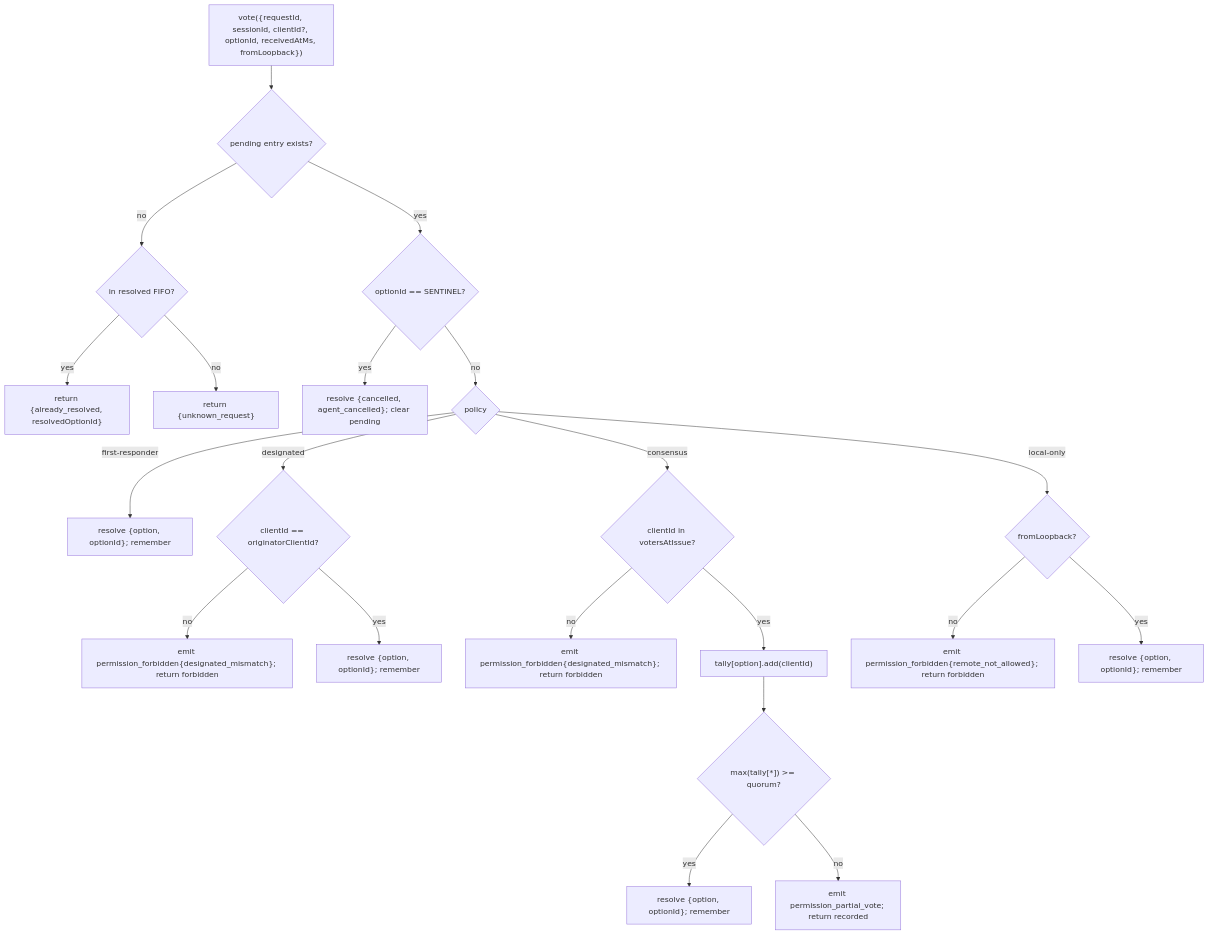
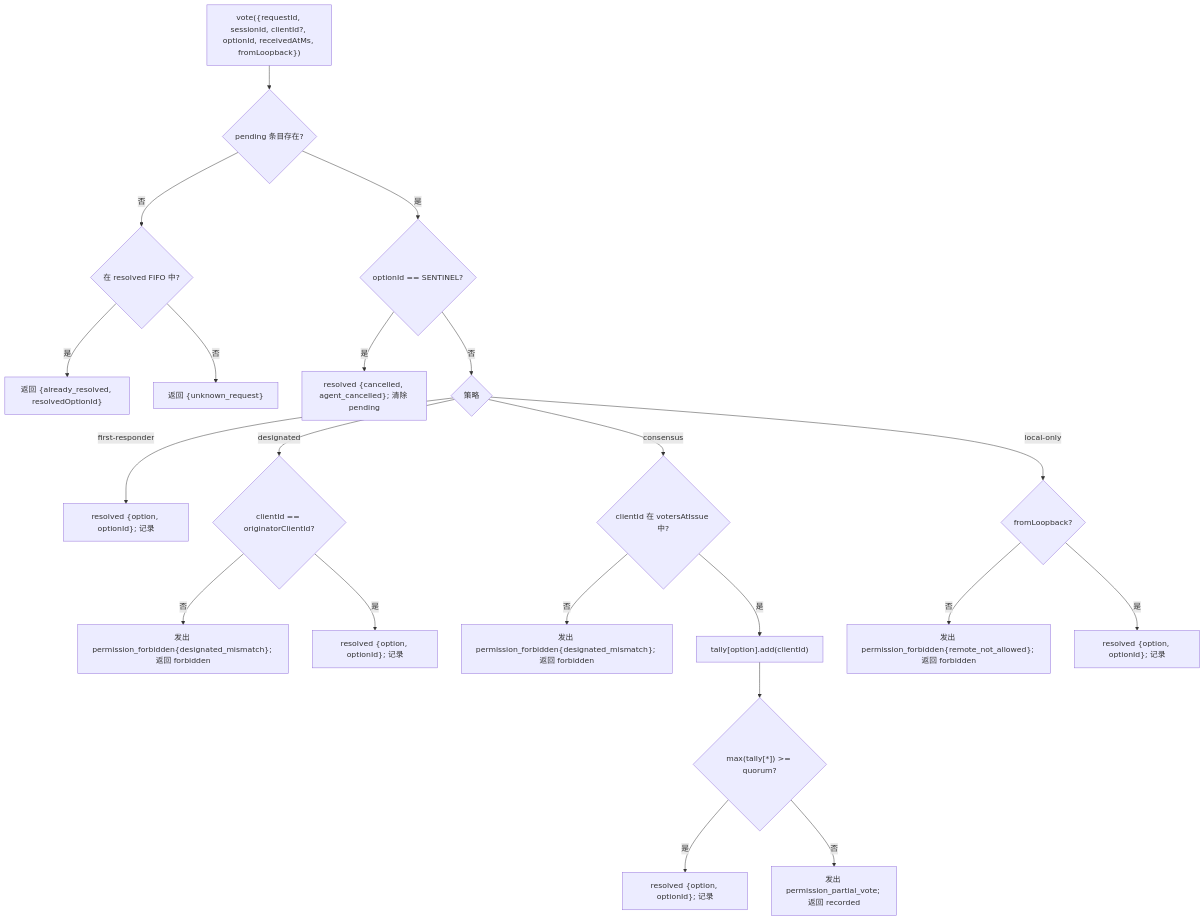
Before and after one commit to QwenLM/qwen-code-docs: the second of 2 diagrams in website/content/zh/developers/daemon/04-permission-mediation.md, drawn with Mermaid. The commit also changed other lines of this file and 1077 other files, not shown here.

````diff
--- a/website/content/zh/developers/daemon/04-permission-mediation.md
+++ b/website/content/zh/developers/daemon/04-permission-mediation.md
@@ -121,23 +119,23 @@
 ```mermaid
 flowchart TD
-    V["vote({requestId, sessionId, clientId?, optionId, receivedAtMs, fromLoopback})"] --> E{"pending entry exists?"}
-    E -->|no| RD{"in resolved FIFO?"}
-    RD -->|yes| AR["return {already_resolved, resolvedOptionId}"]
-    RD -->|no| UR["return {unknown_request}"]
-    E -->|yes| SENT{"optionId == SENTINEL?"}
-    SENT -->|yes| CX["resolve {cancelled, agent_cancelled}; clear pending"]
-    SENT -->|no| POL{"policy"}
-    POL -->|first-responder| FR["resolve {option, optionId}; remember"]
+    V["vote({requestId, sessionId, clientId?, optionId, receivedAtMs, fromLoopback})"] --> E{"pending 条目存在?"}
+    E -->|否| RD{"在 resolved FIFO 中?"}
+    RD -->|是| AR["返回 {already_resolved, resolvedOptionId}"]
+    RD -->|否| UR["返回 {unknown_request}"]
+    E -->|是| SENT{"optionId == SENTINEL?"}
+    SENT -->|是| CX["resolved {cancelled, agent_cancelled}; 清除 pending"]
+    SENT -->|否| POL{"策略"}
+    POL -->|first-responder| FR["resolved {option, optionId}; 记录"]
     POL -->|designated| DG{"clientId == originatorClientId?"}
-    DG -->|no| FOR["emit permission_forbidden{designated_mismatch}; return forbidden"]
-    DG -->|yes| FRR["resolve {option, optionId}; remember"]
-    POL -->|consensus| CN{"clientId in votersAtIssue?"}
-    CN -->|no| FORC["emit permission_forbidden{designated_mismatch}; return forbidden"]
-    CN -->|yes| TAL["tally[option].add(clientId)"]
+    DG -->|否| FOR["发出 permission_forbidden{designated_mismatch}; 返回 forbidden"]
+    DG -->|是| FRR["resolved {option, optionId}; 记录"]
+    POL -->|consensus| CN{"clientId 在 votersAtIssue 中?"}
+    CN -->|否| FORC["发出 permission_forbidden{designated_mismatch}; 返回 forbidden"]
+    CN -->|是| TAL["tally[option].add(clientId)"]
     TAL --> Q{"max(tally[*]) >= quorum?"}
-    Q -->|yes| RES["resolve {option, optionId}; remember"]
-    Q -->|no| PV["emit permission_partial_vote; return recorded"]
+    Q -->|是| RES["resolved {option, optionId}; 记录"]
+    Q -->|否| PV["发出 permission_partial_vote; 返回 recorded"]
     POL -->|local-only| LO{"fromLoopback?"}
-    LO -->|no| FORL["emit permission_forbidden{remote_not_allowed}; return forbidden"]
-    LO -->|yes| RESL["resolve {option, optionId}; remember"]
+    LO -->|否| FORL["发出 permission_forbidden{remote_not_allowed}; 返回 forbidden"]
+    LO -->|是| RESL["resolved {option, optionId}; 记录"]
 ```
````
